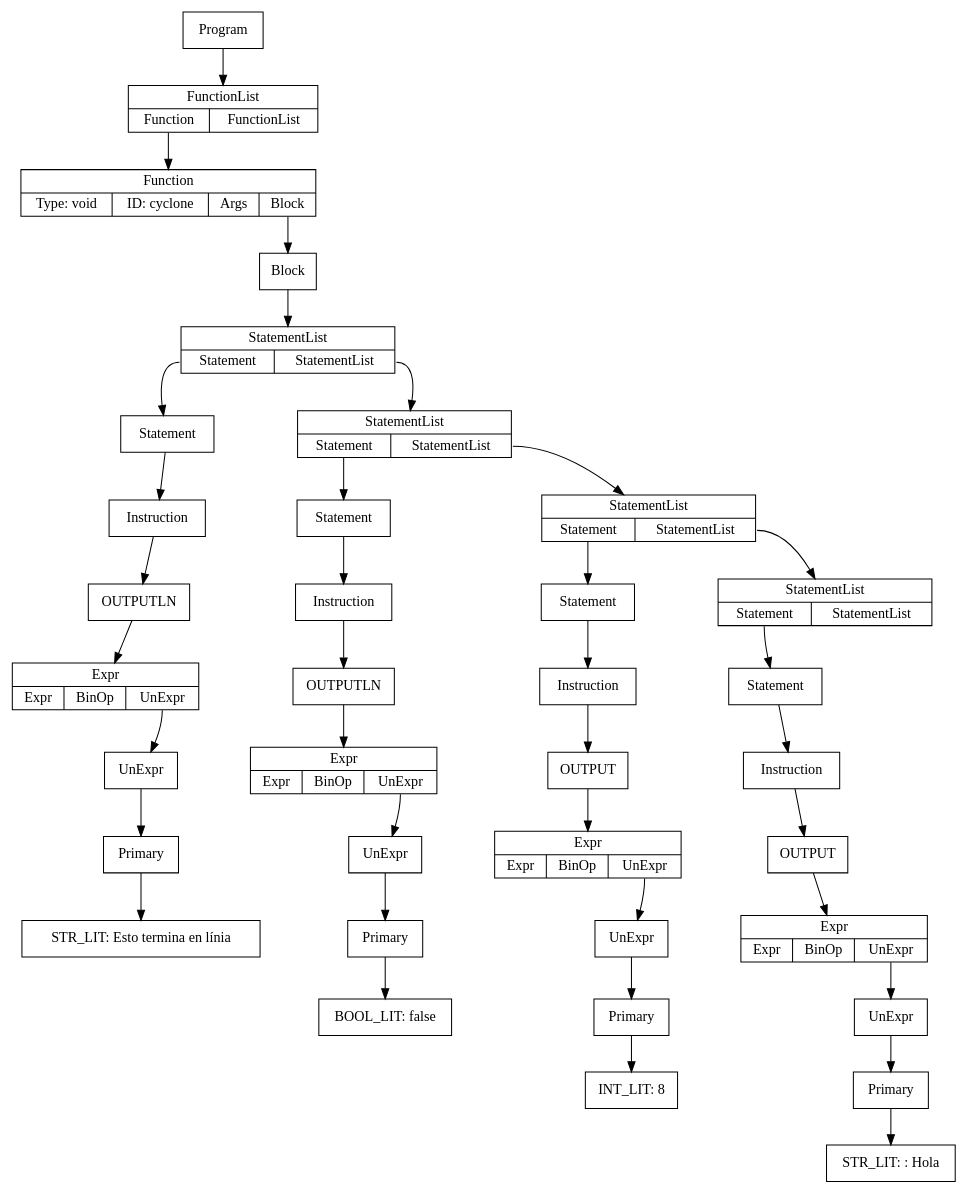
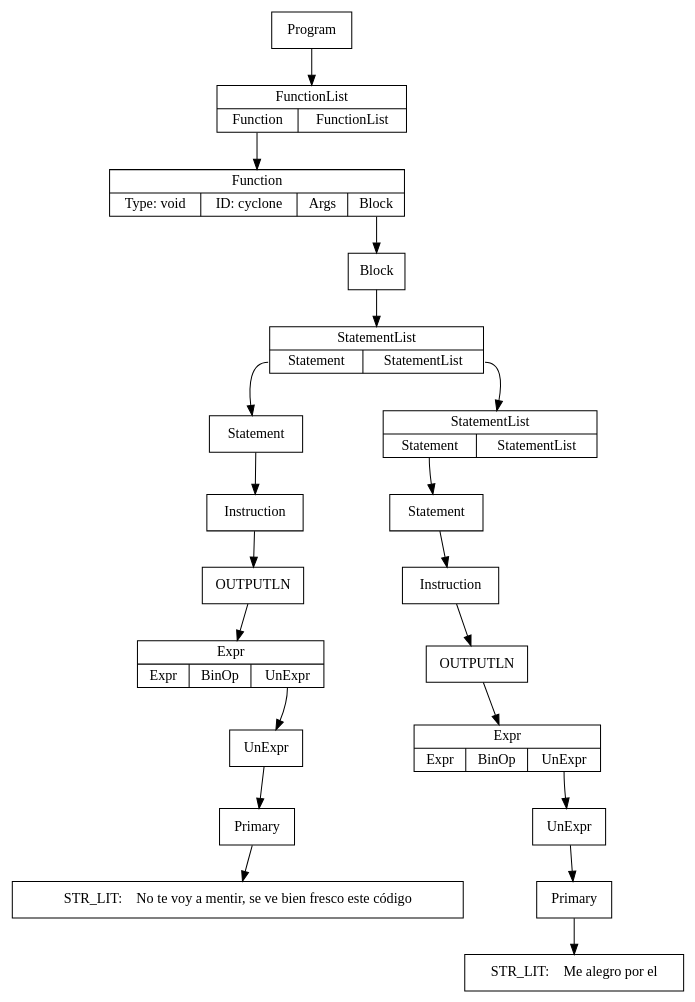
One commit to s-rom/CycloneCompiler changed the diagram in InfoFiles/comp2.dot. Above: the diagram before and after it, drawn with Graphviz. The commit also changed 23 other files, not shown here.

```diff
--- a/InfoFiles/comp2.dot
+++ b/InfoFiles/comp2.dot
@@ -1,76 +1,44 @@
 digraph ccTree {
 graph[nodesep="1"]
 	node [shape=box]
 	node [shape=box]
 	n0 [label = "Primary"]
-	n1 [label = "STR_LIT: Esto termina en línia"]
+	n1 [label = "STR_LIT:    No te voy a mentir, se ve bien fresco este código"]
 	n0-> n1
 	n2 [label = "UnExpr"]
 	n2-> n0
 	n3 [label = "{Expr | {<e>Expr | <bo>BinOp | <ue>UnExpr}}", shape="record"]
 	n3:ue-> n2
 	n4 [label = "Instruction"]
 	n5 [label = "OUTPUTLN"]
 	n4-> n5
 	n5-> n3
 	n6 [label = "Statement"]
 	n6-> n4
 	n7 [label = "Primary"]
-	n8 [label = "BOOL_LIT: false"]
+	n8 [label = "STR_LIT:    Me alegro por el"]
 	n7-> n8
 	n9 [label = "UnExpr"]
 	n9-> n7
 	n10 [label = "{Expr | {<e>Expr | <bo>BinOp | <ue>UnExpr}}", shape="record"]
 	n10:ue-> n9
 	n11 [label = "Instruction"]
 	n12 [label = "OUTPUTLN"]
 	n11-> n12
 	n12-> n10
 	n13 [label = "Statement"]
 	n13-> n11
-	n14 [label = "Primary"]
-	n15 [label = "INT_LIT: 8"]
-	n14-> n15
-	n16 [label = "UnExpr"]
-	n16-> n14
-	n17 [label = "{Expr | {<e>Expr | <bo>BinOp | <ue>UnExpr}}", shape="record"]
-	n17:ue-> n16
-	n18 [label = "Instruction"]
-	n19 [label = "OUTPUT"]
-	n18-> n19
-	n19-> n17
-	n20 [label = "Statement"]
-	n20-> n18
-	n21 [label = "Primary"]
-	n22 [label = "STR_LIT: : Hola"]
-	n21-> n22
-	n23 [label = "UnExpr"]
-	n23-> n21
-	n24 [label = "{Expr | {<e>Expr | <bo>BinOp | <ue>UnExpr}}", shape="record"]
-	n24:ue-> n23
-	n25 [label = "Instruction"]
-	n26 [label = "OUTPUT"]
-	n25-> n26
-	n26-> n24
-	n27 [label = "Statement"]
-	n27-> n25
-	n28 [label = "{StatementList | {<s>Statement | <sl>StatementList}}", shape="record"]
-	n28:s-> n27
-	n29 [label = "{StatementList | {<s>Statement | <sl>StatementList}}", shape="record"]
-	n29:s-> n20
-	n29:sl-> n28
-	n30 [label = "{StatementList | {<s>Statement | <sl>StatementList}}", shape="record"]
-	n30:s-> n13
-	n30:sl-> n29
-	n31 [label = "{StatementList | {<s>Statement | <sl>StatementList}}", shape="record"]
-	n31:s-> n6
-	n31:sl-> n30
-	n32 [label = "Block"]
-	n32-> n31
-	n33 [label = "{Function | {Type: void | ID: cyclone | <a>Args | <b>Block}}", shape="record"]
-	n33:b-> n32
-	n34 [label = "{FunctionList | {<f> Function | <fl> FunctionList}}", shape="record"]
-	n34:f-> n33
-	n35 [label = "Program"]
-	n35-> n34
+	n14 [label = "{StatementList | {<s>Statement | <sl>StatementList}}", shape="record"]
+	n14:s-> n13
+	n15 [label = "{StatementList | {<s>Statement | <sl>StatementList}}", shape="record"]
+	n15:s-> n6
+	n15:sl-> n14
+	n16 [label = "Block"]
+	n16-> n15
+	n17 [label = "{Function | {Type: void | ID: cyclone | <a>Args | <b>Block}}", shape="record"]
+	n17:b-> n16
+	n18 [label = "{FunctionList | {<f> Function | <fl> FunctionList}}", shape="record"]
+	n18:f-> n17
+	n19 [label = "Program"]
+	n19-> n18
 }
```
